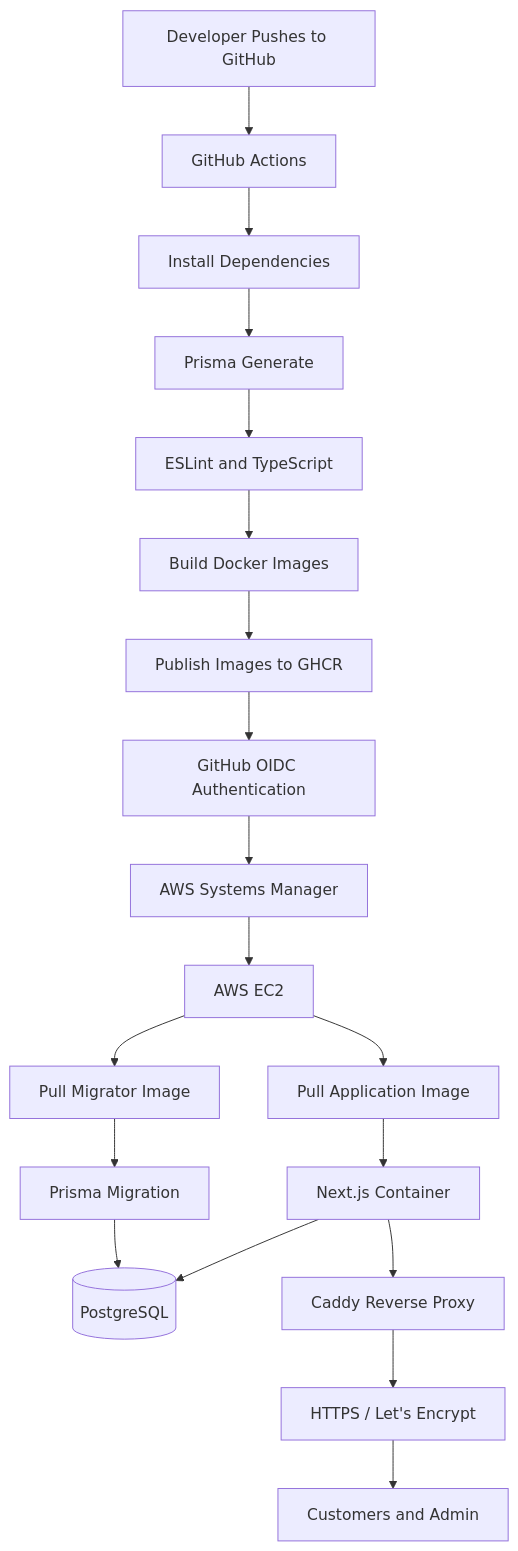
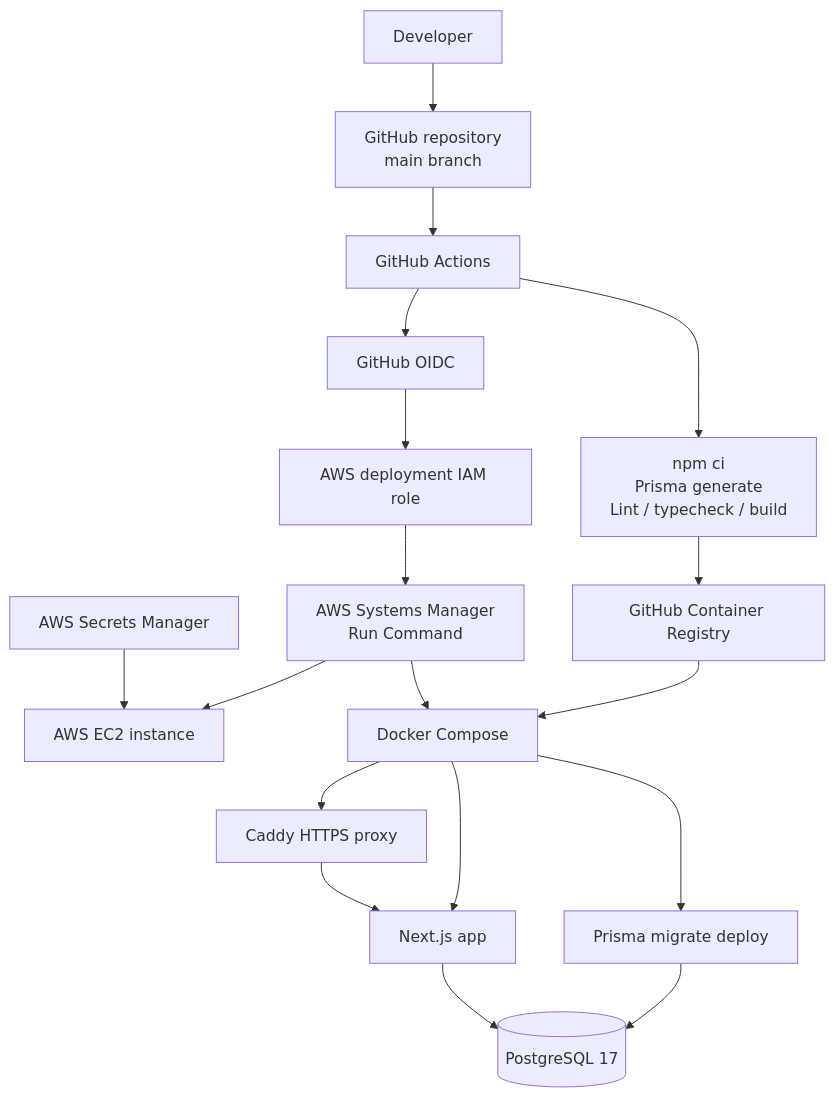
Before and after one commit to Musty2025x/rubys-store: the second of 2 diagrams in README.md, drawn with Mermaid. The commit also changed other lines of this file, not shown here.

Commit message:
docs: update RUBYS architecture and deployment workflow

````diff
--- a/README.md
+++ b/README.md
@@ -73,22 +69,29 @@
-```mermaid
-flowchart TD
-    A[Developer Pushes to GitHub] --> B[GitHub Actions]
-    B --> C[Install Dependencies]
-    C --> D[Prisma Generate]
-    D --> E[ESLint and TypeScript]
-    E --> F[Build Docker Images]
-    F --> G[Publish Images to GHCR]
-    G --> H[GitHub OIDC Authentication]
-    H --> I[AWS Systems Manager]
-    I --> J[AWS EC2]
+``` mermaid
+flowchart TB
+    Developer[Developer]
+    GitHub[GitHub repository<br/>main branch]
+    Actions[GitHub Actions]
+    CI[npm ci<br/>Prisma generate<br/>Lint / typecheck / build]
+    GHCR[GitHub Container Registry]
+    OIDC[GitHub OIDC]
+    IAM[AWS deployment IAM role]
+    SSM[AWS Systems Manager<br/>Run Command]
+    EC2[AWS EC2 instance]
+    Secrets[AWS Secrets Manager]
+    Compose[Docker Compose]
+    Migrator[Prisma migrate deploy]
+    App[Next.js app]
+    Caddy[Caddy HTTPS proxy]
+    DB[(PostgreSQL 17)]
 
-    J --> K[Pull Application Image]
-    J --> L[Pull Migrator Image]
-    K --> M[Next.js Container]
-    L --> N[Prisma Migration]
-    N --> O[(PostgreSQL)]
-    M --> O
-    M --> P[Caddy Reverse Proxy]
-    P --> Q[HTTPS / Let's Encrypt]
-    Q --> R[Customers and Admin]
+    Developer --> GitHub --> Actions --> CI --> GHCR
+    Actions --> OIDC --> IAM --> SSM --> EC2
+    GHCR --> Compose
+    SSM --> Compose
+    Secrets --> EC2
+    Compose --> Migrator --> DB
+    Compose --> App
+    Compose --> Caddy
+    Caddy --> App
+    App --> DB
 ```
````
